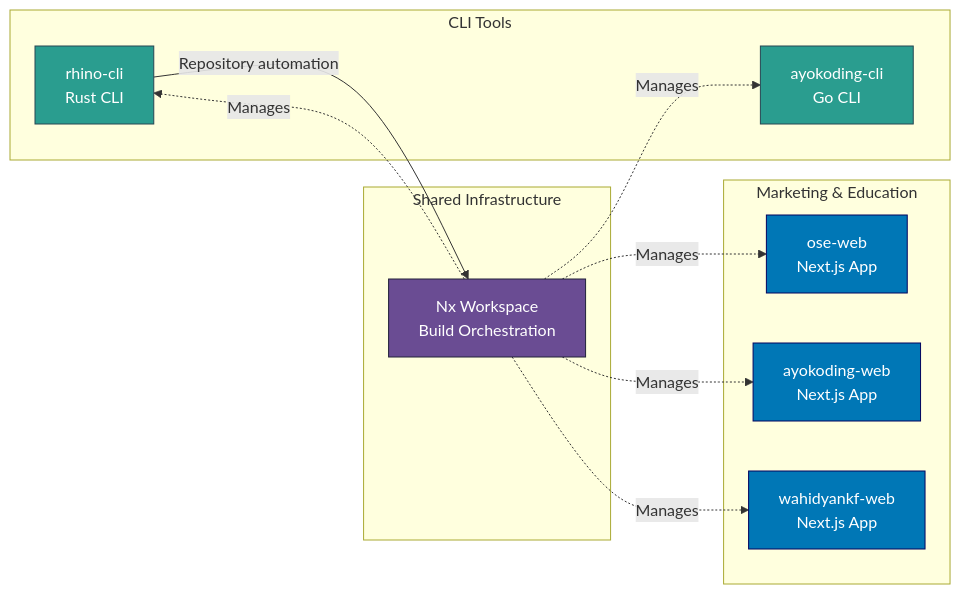
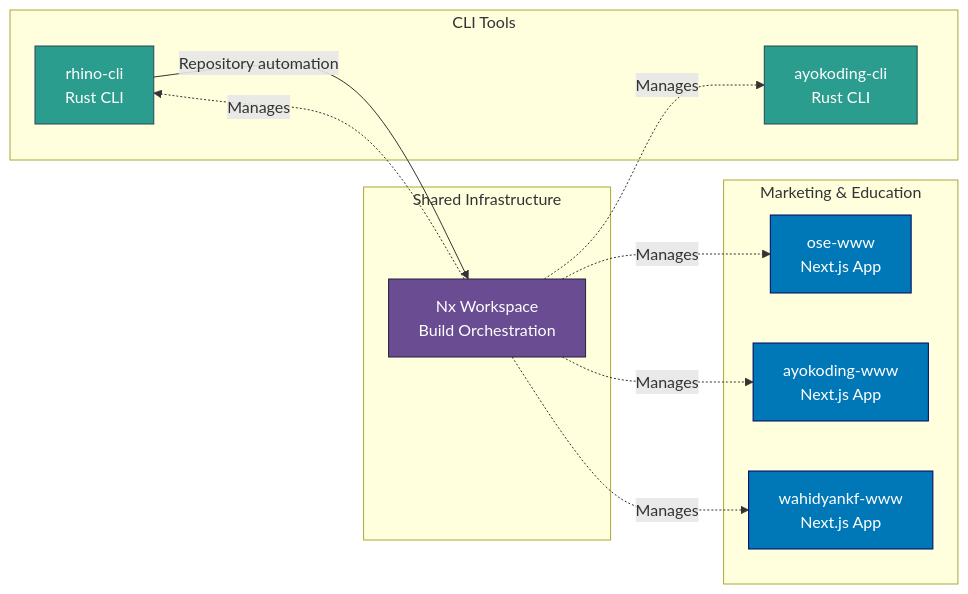
The second of 3 diagrams in docs/reference/system-architecture/applications.md (wahidyankf/baseerah), drawn with Mermaid before and after one commit. The commit also changed other lines of this file and 103 other files, not shown here.

First line of the commit message:
docs: sweep stale app names to -www/-be tiers; sanction www app type (Phase 9)

````diff
--- a/docs/reference/system-architecture/applications.md
+++ b/docs/reference/system-architecture/applications.md
@@ -222,31 +235,31 @@
 ```mermaid
 graph LR
     subgraph "CLI Tools"
         RHINO[rhino-cli<br/>Rust CLI]
-        AYOCLI[ayokoding-cli<br/>Go CLI]
+        AYOCLI[ayokoding-cli<br/>Rust CLI]
     end
 
     subgraph "Marketing & Education"
-        OSE[ose-web<br/>Next.js App]
-        AYO[ayokoding-web<br/>Next.js App]
-        WKF[wahidyankf-web<br/>Next.js App]
+        OSE[ose-www<br/>Next.js App]
+        AYO[ayokoding-www<br/>Next.js App]
+        WKF[wahidyankf-www<br/>Next.js App]
     end
 
     subgraph "Shared Infrastructure"
         NX[Nx Workspace<br/>Build Orchestration]
     end
 
     RHINO -->|Repository automation| NX
     NX -.->|Manages| OSE
     NX -.->|Manages| AYO
     NX -.->|Manages| WKF
     NX -.->|Manages| AYOCLI
     NX -.->|Manages| RHINO
 
     style OSE fill:#0077b6,stroke:#03045e,color:#ffffff
     style AYO fill:#0077b6,stroke:#03045e,color:#ffffff
     style WKF fill:#0077b6,stroke:#03045e,color:#ffffff
     style AYOCLI fill:#2a9d8f,stroke:#264653,color:#ffffff
     style RHINO fill:#2a9d8f,stroke:#264653,color:#ffffff
     style NX fill:#6a4c93,stroke:#22223b,color:#ffffff
 ```
````
